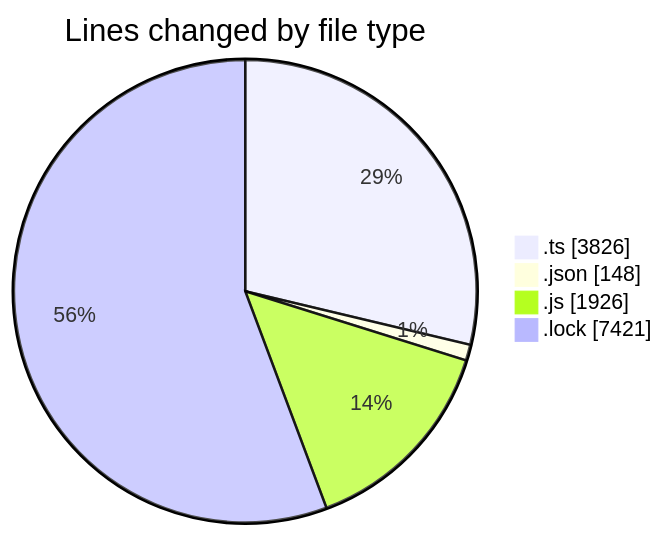
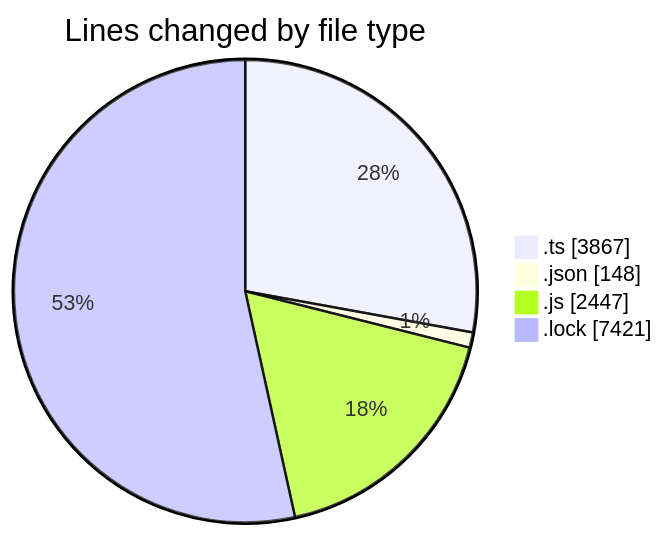
One commit to momahboobian/code-tracking changed the first of 2 diagrams in 2025-07-30/cda/README.md. Above: the diagram before and after it, drawn with Mermaid. The commit also changed other lines of this file and 1 other file, not shown here.

````diff
--- a/2025-07-30/cda/README.md
+++ b/2025-07-30/cda/README.md
@@ -29,8 +30,8 @@
 ```mermaid
 pie showData
 title Lines changed by file type
-".ts" : 3826
+".ts" : 3867
 ".json" : 148
-".js" : 1926
+".js" : 2447
 ".lock" : 7421
 ```
````
